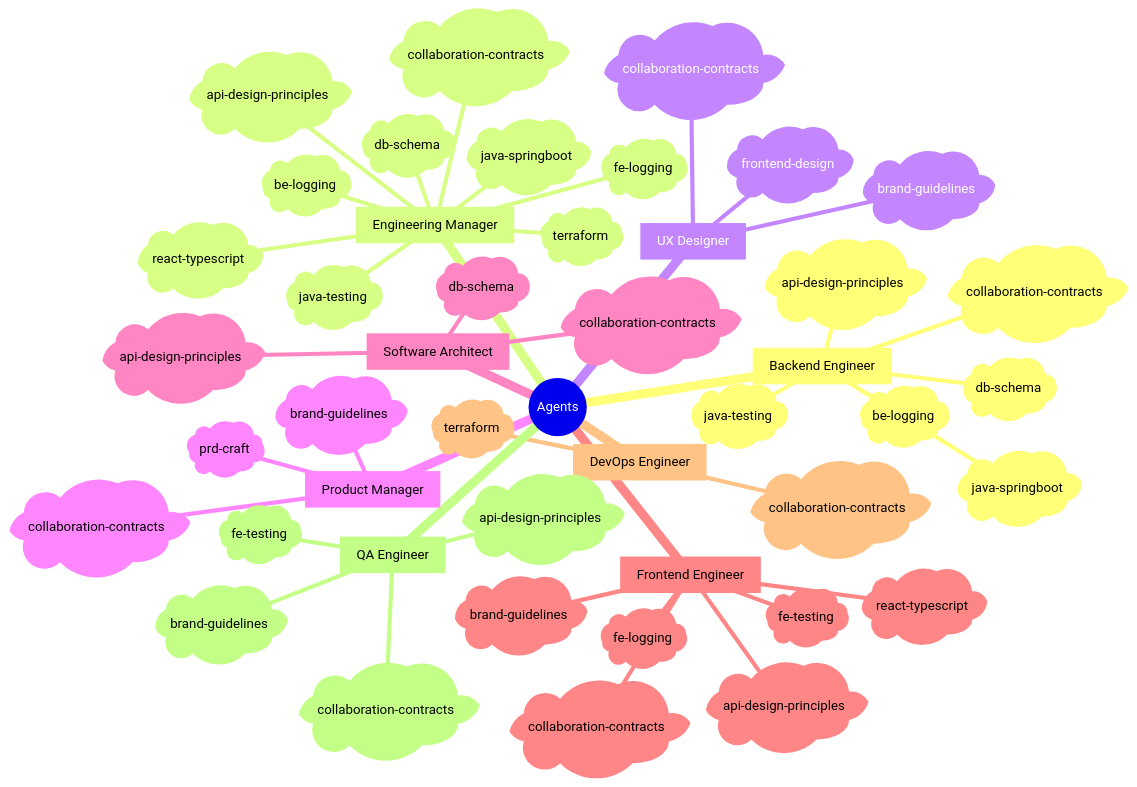
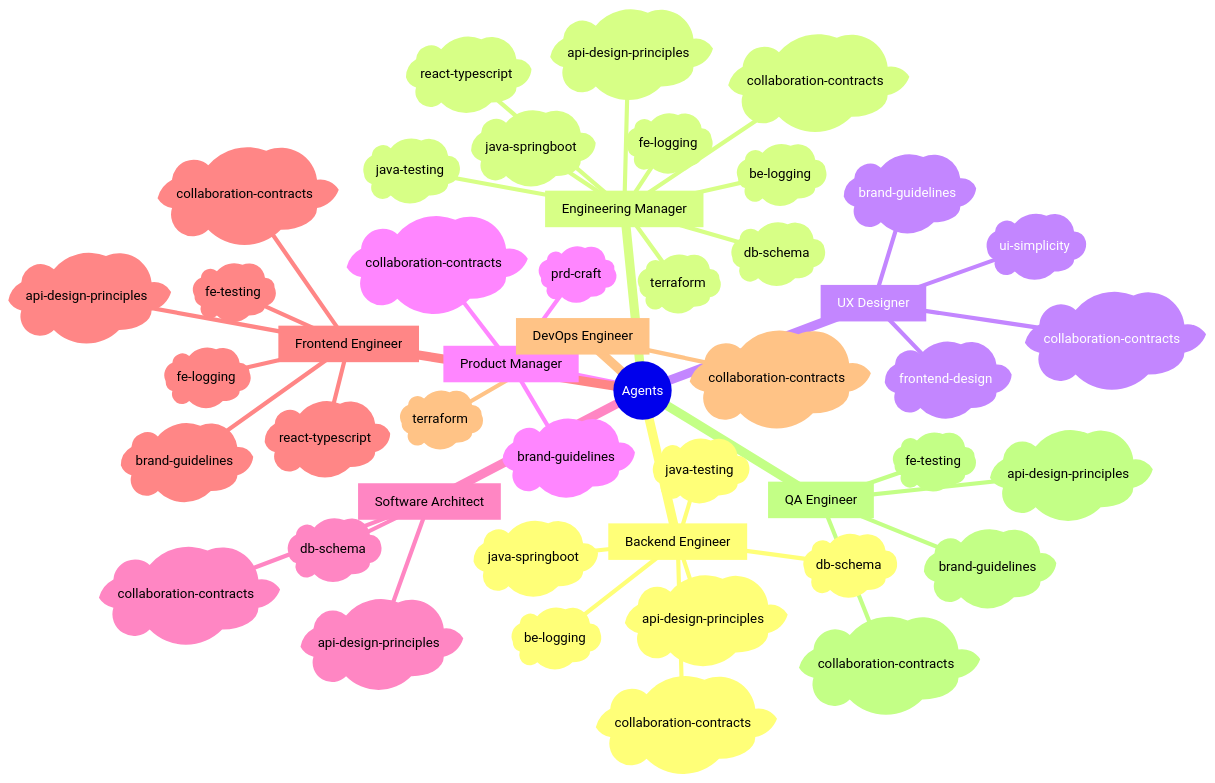
Before and after one commit to sans-github/agents: the first of 3 diagrams in README.md, drawn with Mermaid.

Commit message:
add ui-simplicity to UX Designer mindmap in README

````diff
--- a/README.md
+++ b/README.md
@@ -65,48 +65,49 @@
 ```mermaid
 mindmap
   root((Agents))
     [Backend Engineer]
       )db-schema(
       )java-springboot(
       )api-design-principles(
       )java-testing(
       )be-logging(
       )collaboration-contracts(
     [Engineering Manager]
       )db-schema(
       )java-springboot(
       )api-design-principles(
       )react-typescript(
       )terraform(
       )java-testing(
       )be-logging(
       )fe-logging(
       )collaboration-contracts(
     [UX Designer]
       )frontend-design(
       )brand-guidelines(
+      )ui-simplicity(
       )collaboration-contracts(
     [Product Manager]
       )prd-craft(
       )brand-guidelines(
       )collaboration-contracts(
     [Software Architect]
       )api-design-principles(
       )db-schema(
       )collaboration-contracts(
     [Frontend Engineer]
       )api-design-principles(
       )react-typescript(
       )fe-testing(
       )brand-guidelines(
       )fe-logging(
       )collaboration-contracts(
     [DevOps Engineer]
       )terraform(
       )collaboration-contracts(
     [QA Engineer]
       )api-design-principles(
       )fe-testing(
       )brand-guidelines(
       )collaboration-contracts(
 ```
````
